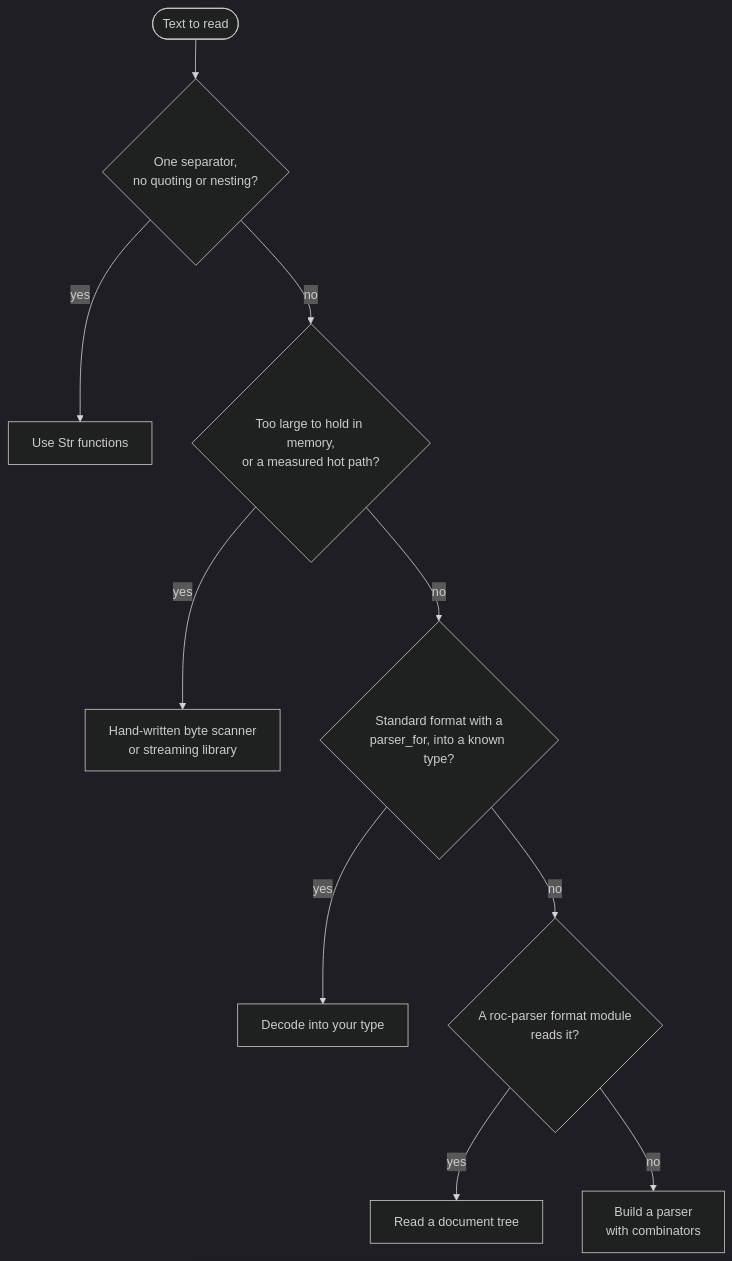
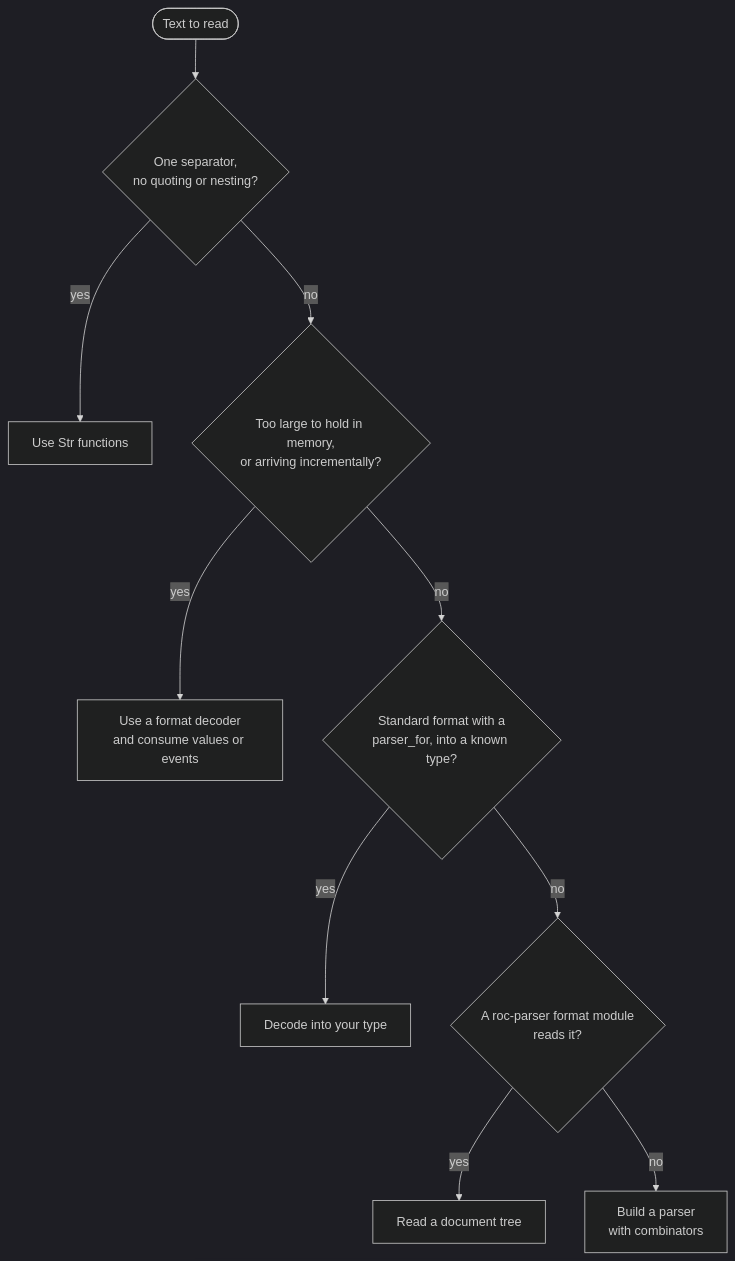
Before and after one commit to lukewilliamboswell/roc-parser: the diagram in docs/choosing-an-approach.adoc, drawn with Mermaid (dark theme). The commit also changed other lines of this file and 21 other files, not shown here.

```diff
--- a/docs/choosing-an-approach.adoc
+++ b/docs/choosing-an-approach.adoc
@@ -245,13 +248,13 @@
 [mermaid]
 ....
 flowchart TD
     Start([Text to read]) --> Simple{"One separator,<br/>no quoting or nesting?"}
     Simple -- yes --> Str["Use Str functions"]
-    Simple -- no --> Huge{"Too large to hold in memory,<br/>or a measured hot path?"}
-    Huge -- yes --> Scan["Hand-written byte scanner<br/>or streaming library"]
+    Simple -- no --> Huge{"Too large to hold in memory,<br/>or arriving incrementally?"}
+    Huge -- yes --> Scan["Use a format decoder<br/>and consume values or events"]
     Huge -- no --> Known{"Standard format with a<br/>parser_for, into a known type?"}
     Known -- yes --> Decode["Decode into your type"]
     Known -- no --> Module{"A roc-parser format module<br/>reads it?"}
     Module -- yes --> Tree["Read a document tree"]
     Module -- no --> Combine["Build a parser<br/>with combinators"]
 ....
```
